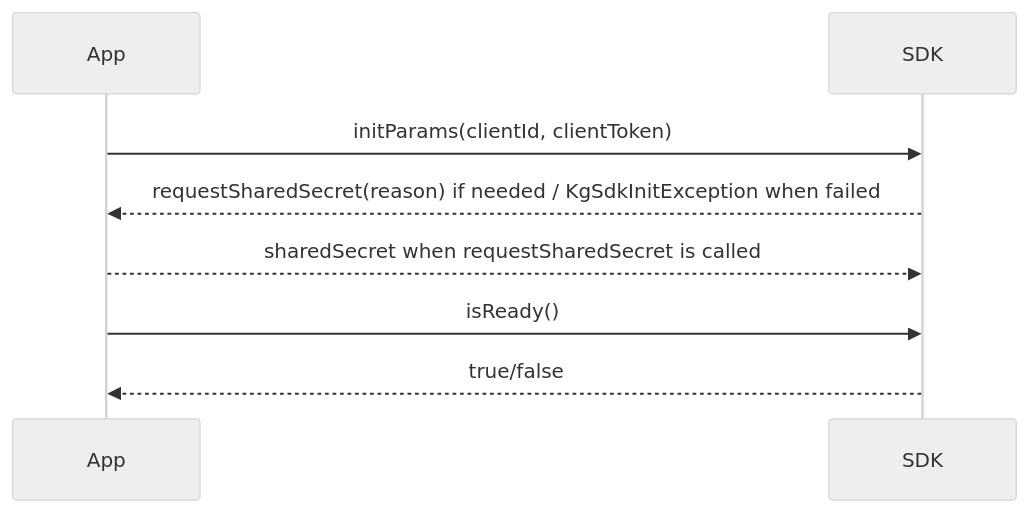
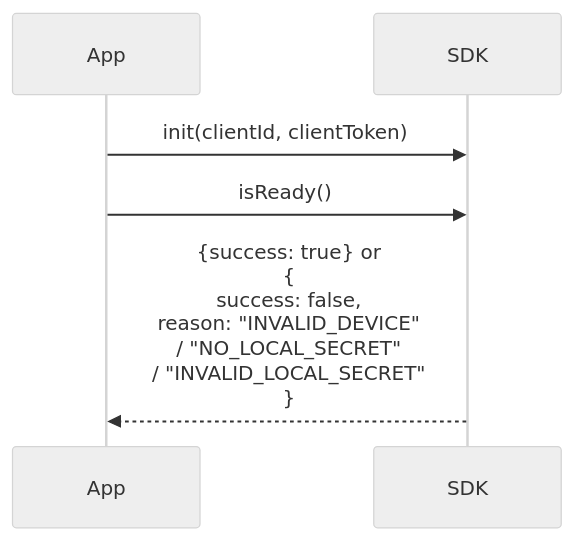
The first of 6 diagrams in README.md (kryptogo/kg-mobile-wallet-sdk), drawn with Mermaid (neutral theme) before and after one commit. The commit also changed other lines of this file, not shown here.

````diff
--- a/README.md
+++ b/README.md
@@ -109,10 +127,8 @@
 ```mermaid
 sequenceDiagram
 participant App
 participant SDK
-App->>SDK: initParams(clientId, clientToken)
-SDK-->>App: requestSharedSecret(reason) if needed / KgSdkInitException when failed
-App-->>SDK: sharedSecret when requestSharedSecret is called
+App->>SDK: init(clientId, clientToken)
 App->>SDK: isReady()
-SDK-->>App: true/false
+SDK-->>App: {success: true} or <br/>{<br/>success: false, <br/>reason: "INVALID_DEVICE" <br/>/ "NO_LOCAL_SECRET" <br/>/ "INVALID_LOCAL_SECRET"<br/>}
 ```
````
